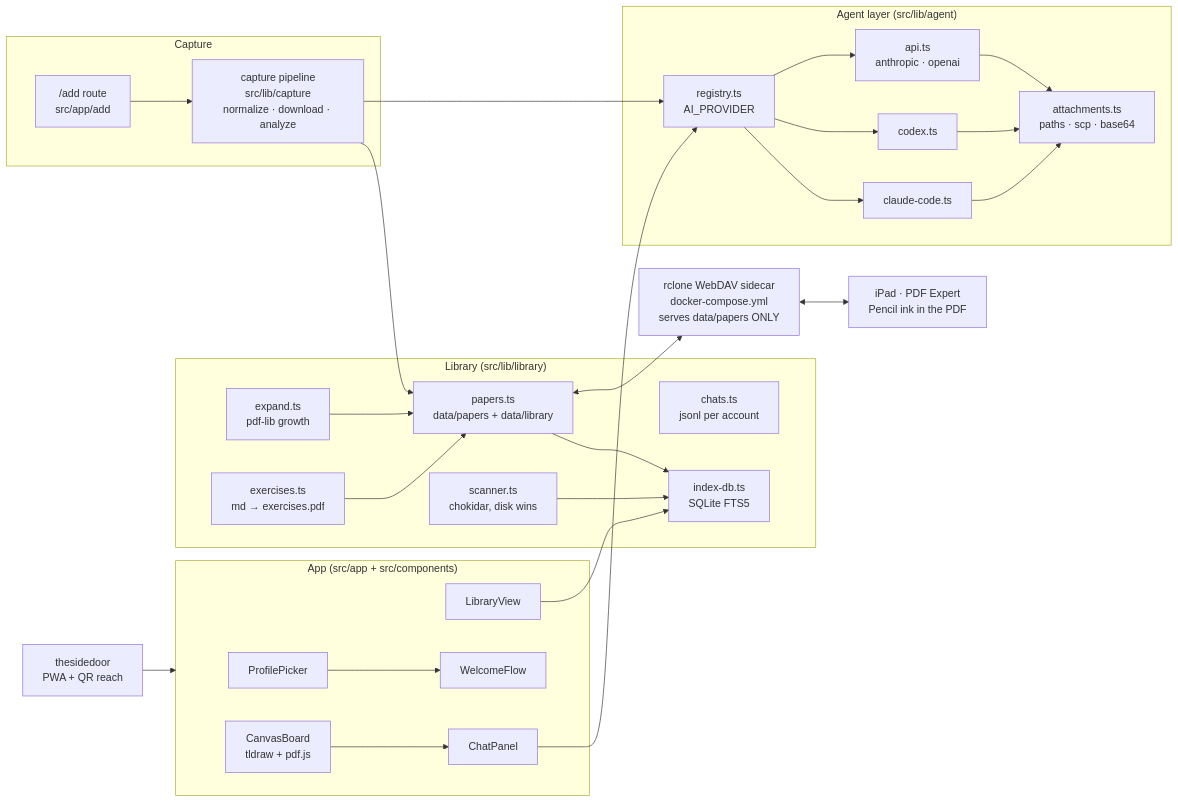
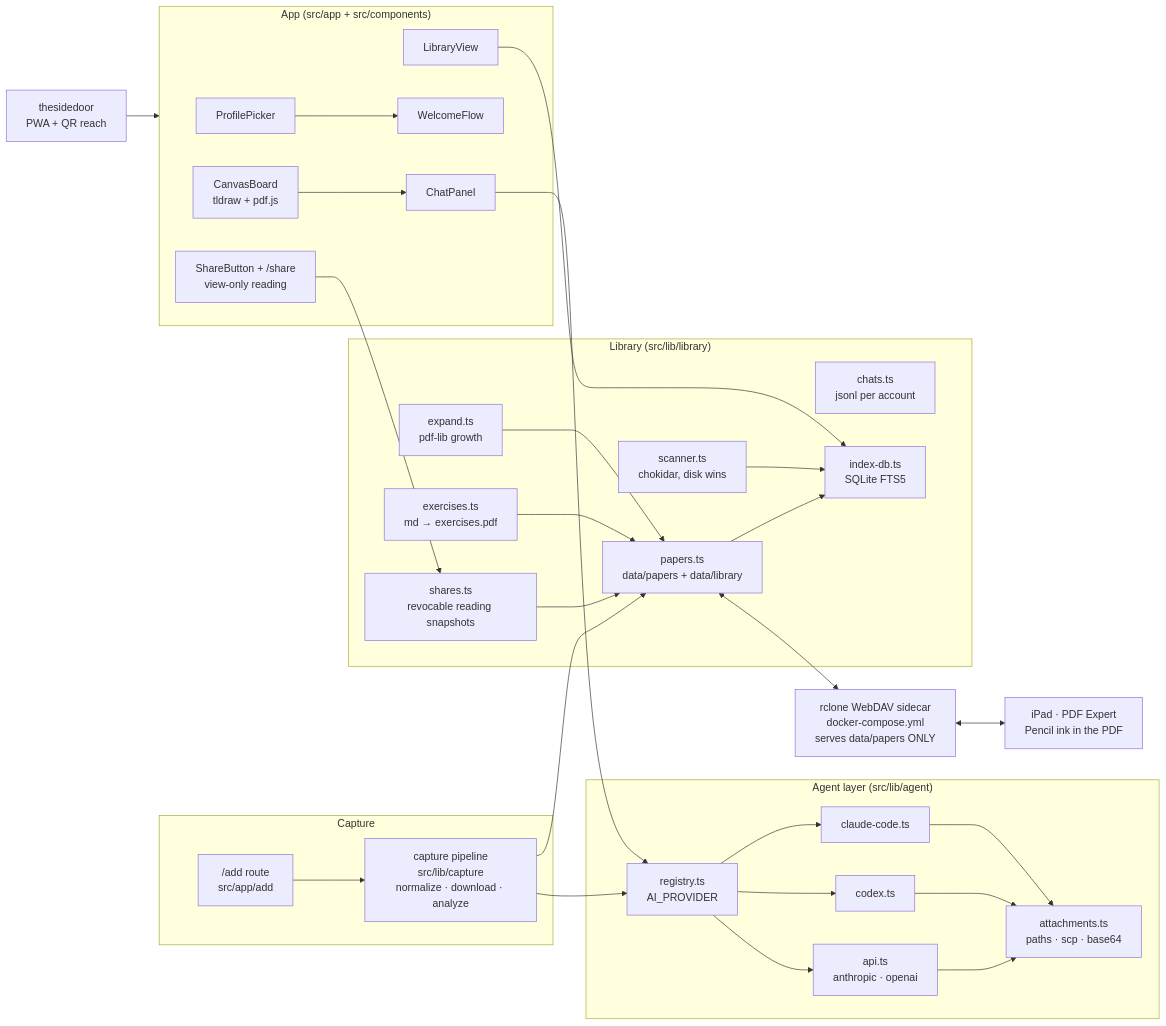
One commit to affromero/papernook changed the diagram in README.md. Above: the diagram before and after it, drawn with Mermaid. The commit also changed other lines of this file and 14 other files, not shown here.

First line of the commit message:
sharing: publish view-only paper readings

````diff
--- a/README.md
+++ b/README.md
@@ -50,51 +67,55 @@
 ```mermaid
 flowchart LR
     subgraph capture["Capture"]
       add["/add route<br/>src/app/add"]
       pipe["capture pipeline<br/>src/lib/capture<br/>normalize · download · analyze"]
     end
 
     subgraph agent["Agent layer (src/lib/agent)"]
       registry["registry.ts<br/>AI_PROVIDER"]
       claude["claude-code.ts"]
       codex["codex.ts"]
       api["api.ts<br/>anthropic · openai"]
       attach["attachments.ts<br/>paths · scp · base64"]
     end
 
     subgraph library["Library (src/lib/library)"]
       papers["papers.ts<br/>data/papers + data/library"]
       chats["chats.ts<br/>jsonl per account"]
       index["index-db.ts<br/>SQLite FTS5"]
       scanner["scanner.ts<br/>chokidar, disk wins"]
       expand["expand.ts<br/>pdf-lib growth"]
       exercises["exercises.ts<br/>md → exercises.pdf"]
+      shares["shares.ts<br/>revocable reading snapshots"]
     end
 
     subgraph ui["App (src/app + src/components)"]
       picker["ProfilePicker"]
       libview["LibraryView"]
       chatpanel["ChatPanel"]
       canvas["CanvasBoard<br/>tldraw + pdf.js"]
       wizard["WelcomeFlow"]
+      shareview["ShareButton + /share<br/>view-only reading"]
     end
 
     dav["rclone WebDAV sidecar<br/>docker-compose.yml<br/>serves data/papers ONLY"]
     ipad["iPad · PDF Expert<br/>Pencil ink in the PDF"]
     sidedoor["thesidedoor<br/>PWA + QR reach"]
 
     add --> pipe --> papers
     pipe --> registry
     chatpanel --> registry
     registry --> claude & codex & api
     claude & codex & api --> attach
     papers --> index
     scanner --> index
     papers <--> dav <--> ipad
     exercises --> papers
+    shares --> papers
+    shareview --> shares
     expand --> papers
     canvas --> chatpanel
     libview --> index
     picker --> wizard
     sidedoor --> ui
 ```
````
